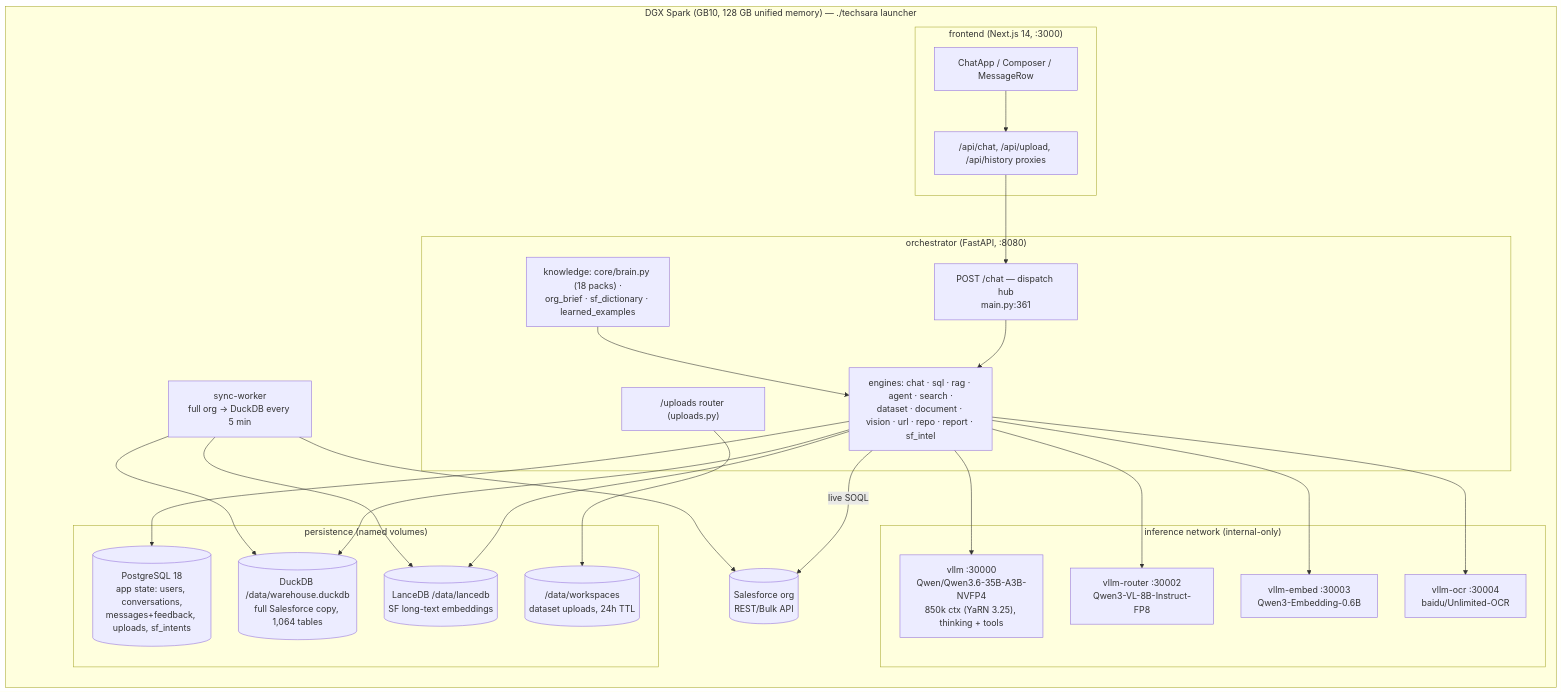
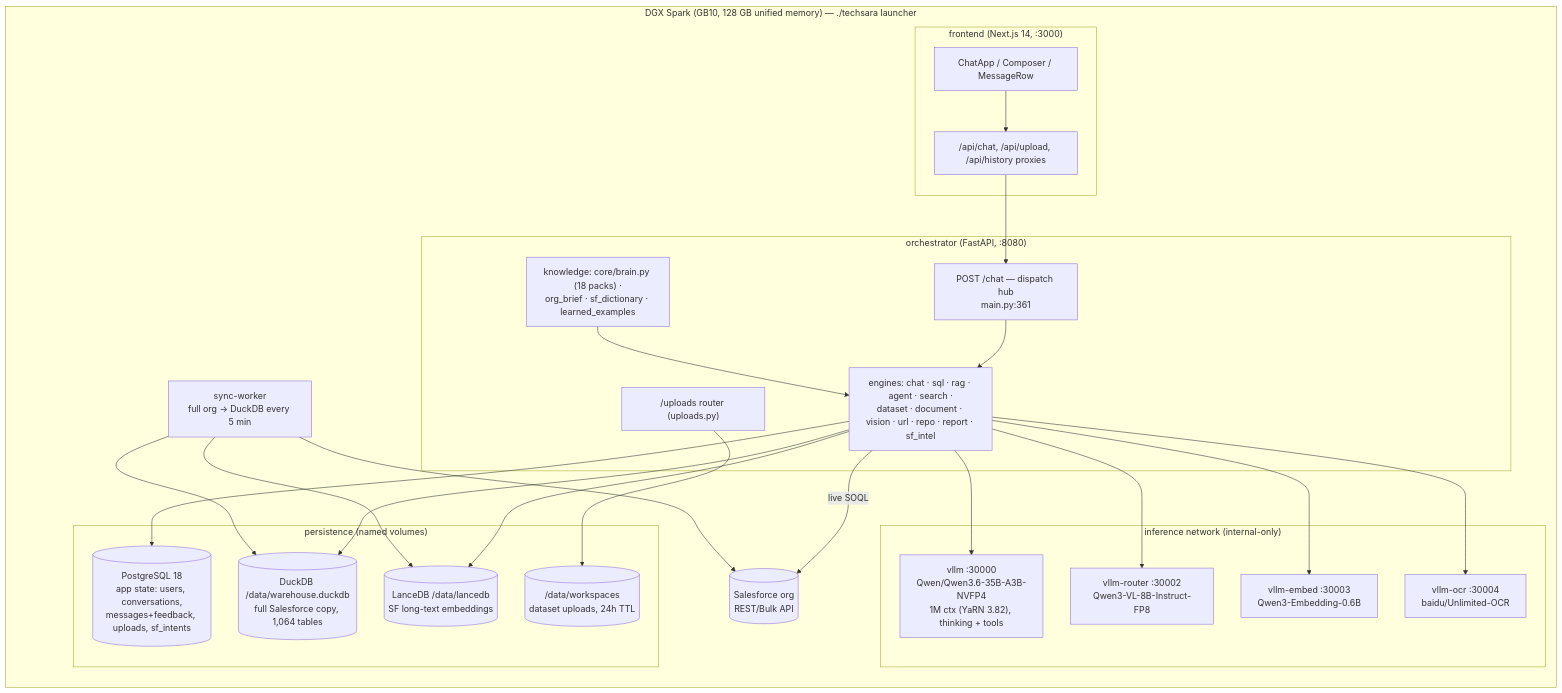
The diagram in docs/ARCHITECTURE_CURRENT.md (namanjain221995/personal-LLM-Chabot), drawn with Mermaid before and after one commit. The commit also changed other lines of this file and 4 other files, not shown here.

````diff
--- a/docs/ARCHITECTURE_CURRENT.md
+++ b/docs/ARCHITECTURE_CURRENT.md
@@ -15,37 +15,37 @@
 ```mermaid
 flowchart LR
     subgraph Host["DGX Spark (GB10, 128 GB unified memory) — ./techsara launcher"]
         subgraph FE["frontend (Next.js 14, :3000)"]
             UI[ChatApp / Composer / MessageRow]
             PROXY["/api/chat, /api/upload, /api/history proxies"]
         end
         subgraph ORCH["orchestrator (FastAPI, :8080)"]
             CHAT["POST /chat — dispatch hub<br/>main.py:361"]
             ENG["engines: chat · sql · rag · agent · search ·<br/>dataset · document · vision · url · repo · report · sf_intel"]
             BRAIN["knowledge: core/brain.py (18 packs) ·<br/>org_brief · sf_dictionary · learned_examples"]
             UP["/uploads router (uploads.py)"]
         end
         subgraph MODELS["inference network (internal-only)"]
-            VMAIN["vllm :30000<br/>Qwen/Qwen3.6-35B-A3B-NVFP4<br/>850k ctx (YaRN 3.25), thinking + tools"]
+            VMAIN["vllm :30000<br/>Qwen/Qwen3.6-35B-A3B-NVFP4<br/>1M ctx (YaRN 3.82), thinking + tools"]
             VROUTER["vllm-router :30002<br/>Qwen3-VL-8B-Instruct-FP8"]
             VEMBED["vllm-embed :30003<br/>Qwen3-Embedding-0.6B"]
             VOCR["vllm-ocr :30004<br/>baidu/Unlimited-OCR"]
         end
         subgraph DATA["persistence (named volumes)"]
             PG[(PostgreSQL 18<br/>app state: users, conversations,<br/>messages+feedback, uploads, sf_intents)]
             DUCK[(DuckDB /data/warehouse.duckdb<br/>full Salesforce copy, 1,064 tables)]
             LANCE[(LanceDB /data/lancedb<br/>SF long-text embeddings)]
             WS[(/data/workspaces<br/>dataset uploads, 24h TTL)]
         end
         SYNC["sync-worker<br/>full org → DuckDB every 5 min"]
         SF[(Salesforce org<br/>REST/Bulk API)]
     end
     UI --> PROXY --> CHAT --> ENG
     ENG --> VMAIN & VROUTER & VEMBED & VOCR
     ENG --> DUCK & LANCE & PG
     ENG -->|live SOQL| SF
     BRAIN --> ENG
     UP --> WS
     SYNC --> SF
     SYNC --> DUCK & LANCE
 ```
````
